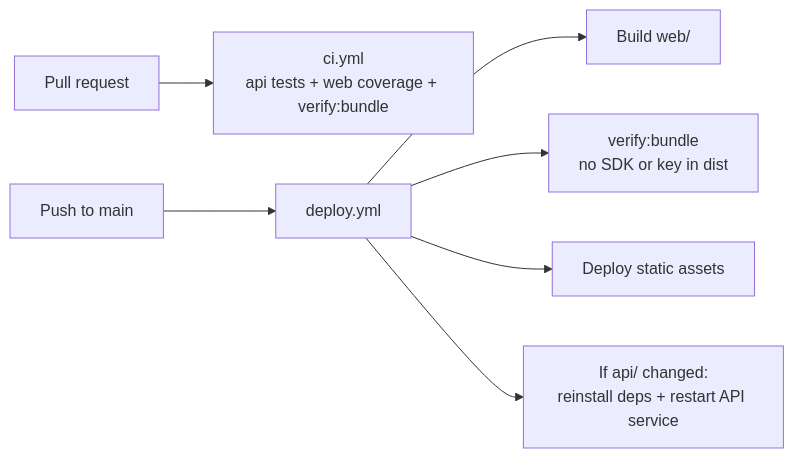
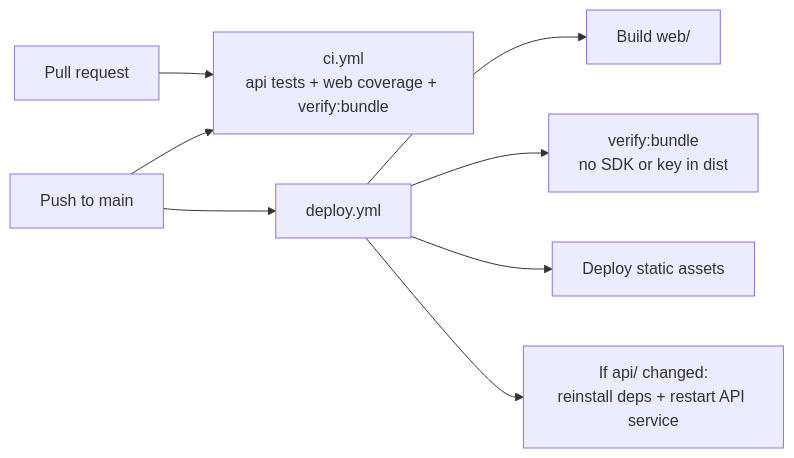
The fifth of 5 diagrams in docs/architecture.md (benlambm/it-trivia-challenge), drawn with Mermaid before and after one commit. The commit also changed other lines of this file and 3 other files, not shown here.

````diff
--- a/docs/architecture.md
+++ b/docs/architecture.md
@@ -142,9 +156,10 @@
 ```mermaid
 flowchart LR
   PR["Pull request"] --> CI["ci.yml\napi tests + web coverage + verify:bundle"]
-  Main["Push to main"] --> Deploy["deploy.yml"]
+  Main["Push to main"] --> CI
+  Main --> Deploy["deploy.yml"]
   Deploy --> Build["Build web/"]
   Deploy --> Verify["verify:bundle\nno SDK or key in dist"]
   Deploy --> Static["Deploy static assets"]
   Deploy --> API["If api/ changed:\nreinstall deps + restart API service"]
 ```
````
